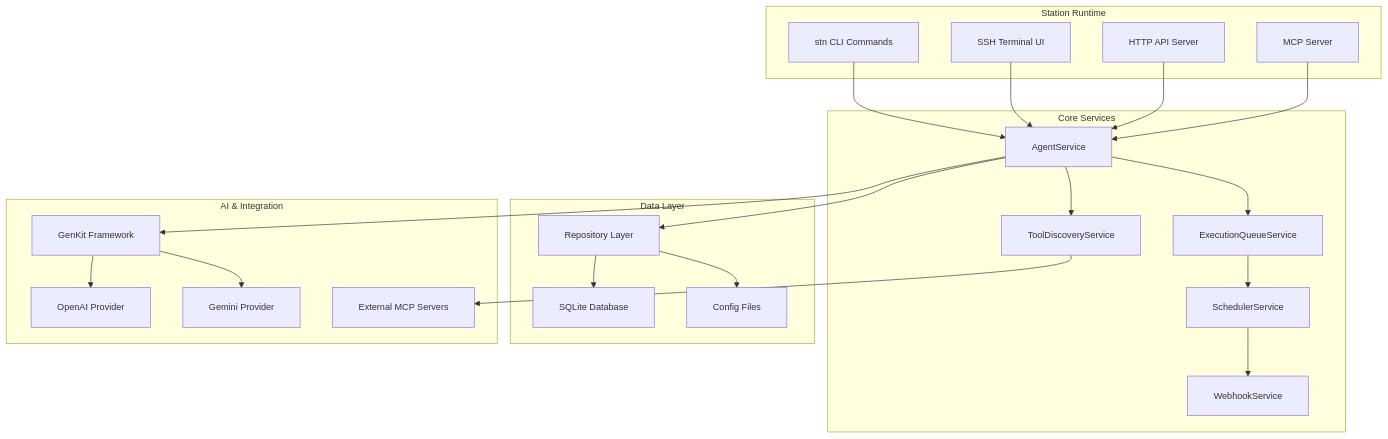
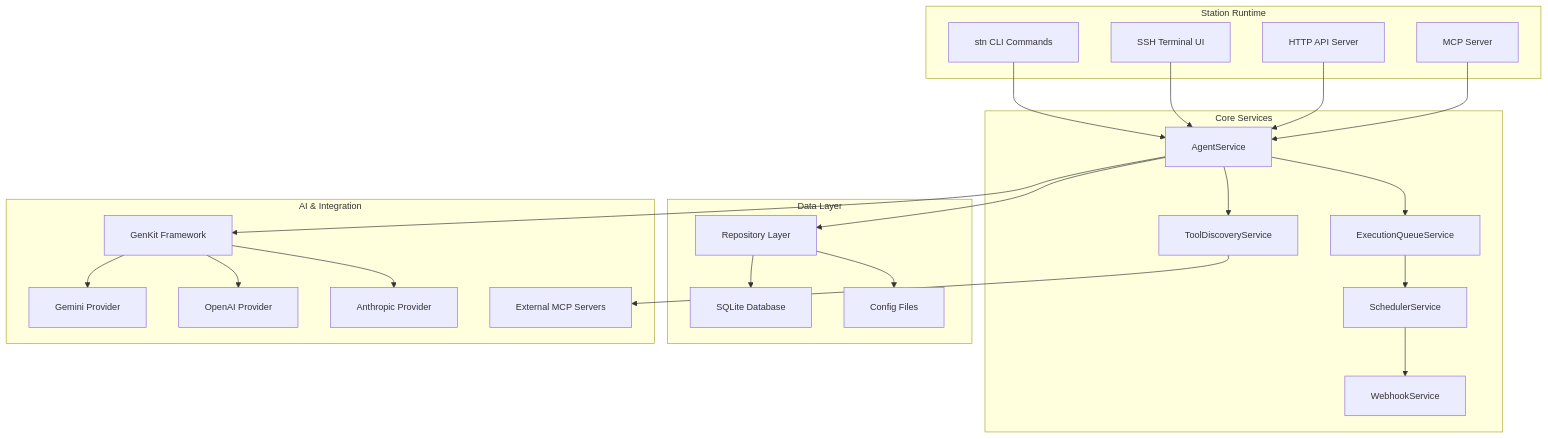
Before and after one commit to cloudshipai/station: the diagram in docs/site/src/content/docs/en/introduction.mdx, drawn with Mermaid. The commit also changed other lines of this file and 4 other files, not shown here.

````diff
--- a/docs/site/src/content/docs/en/introduction.mdx
+++ b/docs/site/src/content/docs/en/introduction.mdx
@@ -80,50 +82,52 @@
 ```mermaid
 graph TB
     %%{init: {"theme": "default", "themeVariables": {"fontSize": "14px"}, "flowchart": {"curve": "basis", "padding": 20}}}%%
     subgraph "Station Runtime"
         CLI["stn CLI Commands"]
         SSH["SSH Terminal UI"]
         HTTP["HTTP API Server"]
         MCP["MCP Server"]
     end
     
     subgraph "Core Services"
         Scheduler["SchedulerService"]
         ExecutionQueue["ExecutionQueueService"]
         Webhook["WebhookService"]
         Agent["AgentService"]
         ToolDiscovery["ToolDiscoveryService"]
     end
     
     subgraph "Data Layer"
         Repository["Repository Layer"]
         Config["Config Files"]
         SQLite["SQLite Database"]
     end
     
     subgraph "AI & Integration"
         GenKit["GenKit Framework"]
         ExternalMCP["External MCP Servers"]
+        Anthropic["Anthropic Provider"]
+        OpenAI["OpenAI Provider"]
         Gemini["Gemini Provider"]
-        OpenAI["OpenAI Provider"]
     end
     
     CLI --> Agent
     SSH --> Agent
     HTTP --> Agent
     MCP --> Agent
     
     Agent --> ExecutionQueue
     Agent --> ToolDiscovery
     ExecutionQueue --> Scheduler
     Scheduler --> Webhook
     
     Agent --> Repository
     Repository --> Config
     Repository --> SQLite
     
     Agent --> GenKit
     ToolDiscovery --> ExternalMCP
+    GenKit --> Anthropic
+    GenKit --> OpenAI
     GenKit --> Gemini
-    GenKit --> OpenAI
 ```
````
